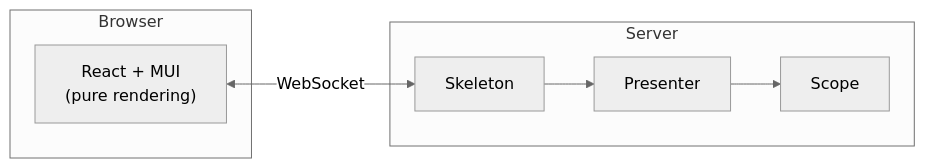
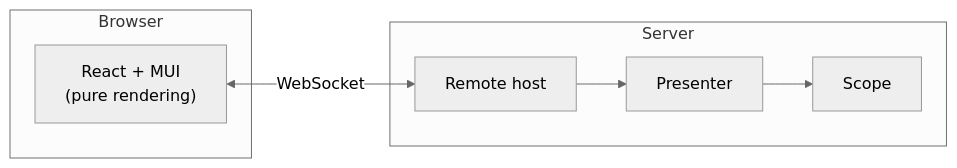
One commit to mrcdom/wdc-cube-kotlin changed the fifth of 10 diagrams in docs/architecture.md. Above: the diagram before and after it, drawn with Mermaid (neutral theme). The commit also changed other lines of this file and 38 other files, not shown here.

````diff
--- a/docs/architecture.md
+++ b/docs/architecture.md
@@ -268,11 +277,11 @@
 ```mermaid
 graph LR
     subgraph "Browser"
         REACT["React + MUI<br/>(pure rendering)"]
     end
     subgraph "Server"
-        SKEL["Skeleton"] --> PRES["Presenter"]
+        SKEL["Remote host"] --> PRES["Presenter"]
         PRES --> SCOPE["Scope"]
     end
     REACT <-->|WebSocket| SKEL
 ```
````
